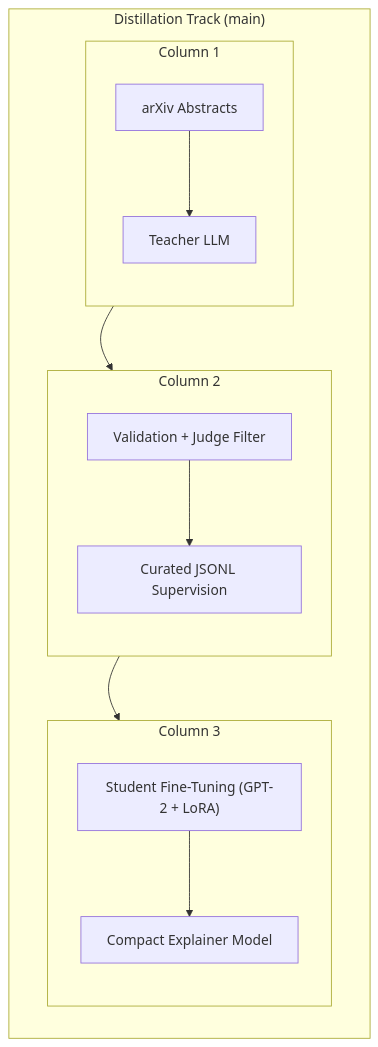
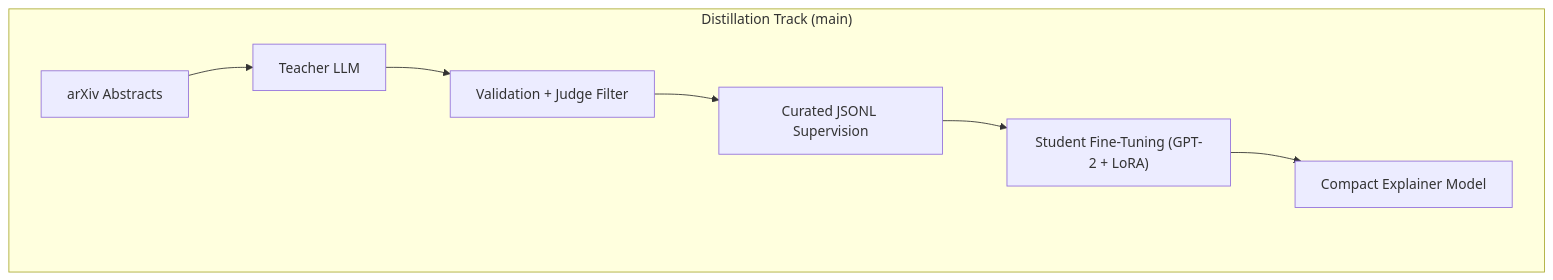
The first of 2 diagrams in README.md (daspushpita/MiniAstroGPT), drawn with Mermaid before and after one commit. The commit also changed other lines of this file, not shown here.

````diff
--- a/README.md
+++ b/README.md
@@ -91,28 +91,16 @@
 ```mermaid
-flowchart TB
+flowchart LR
   subgraph D["Distillation Track (main)"]
-    direction TB
+    direction LR
 
-    subgraph D1["Column 1"]
-      direction TB
-      A["arXiv Abstracts"] --> B["Teacher LLM"]
-    end
-
-    subgraph D2["Column 2"]
-      direction TB
-      C["Validation + Judge Filter"] --> E["Curated JSONL Supervision"]
-    end
-
-    subgraph D3["Column 3"]
-      direction TB
-      F["Student Fine-Tuning (GPT-2 + LoRA)"] --> G["Compact Explainer Model"]
-    end
+    A["arXiv Abstracts"] --> B["Teacher LLM"]
+    C["Validation + Judge Filter"] --> E["Curated JSONL Supervision"]
+    F["Student Fine-Tuning (GPT-2 + LoRA)"] --> G["Compact Explainer Model"]
 
     B --> C
     E --> F
-    A ~~~ C
-    C ~~~ F
-    B ~~~ E
-    E ~~~ G
+
+    A ~~~ C ~~~ F
+    B ~~~ E ~~~ G
   end
 ```
````
